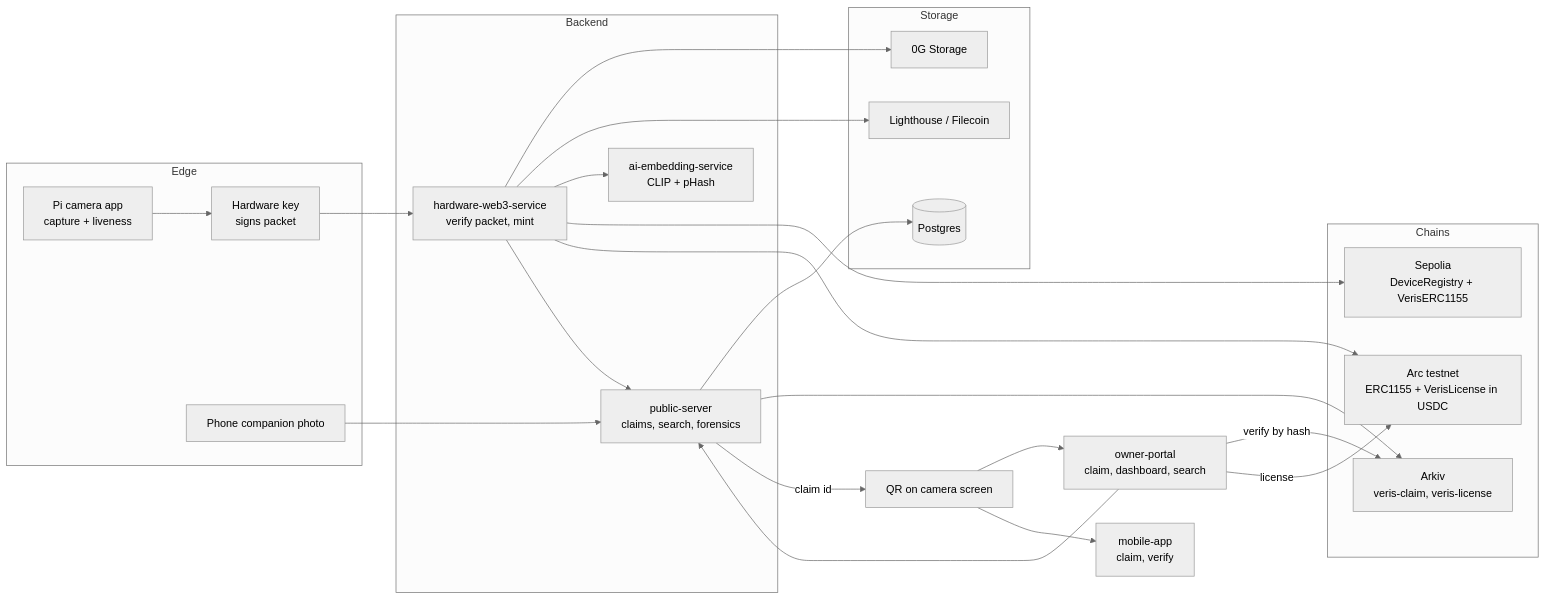
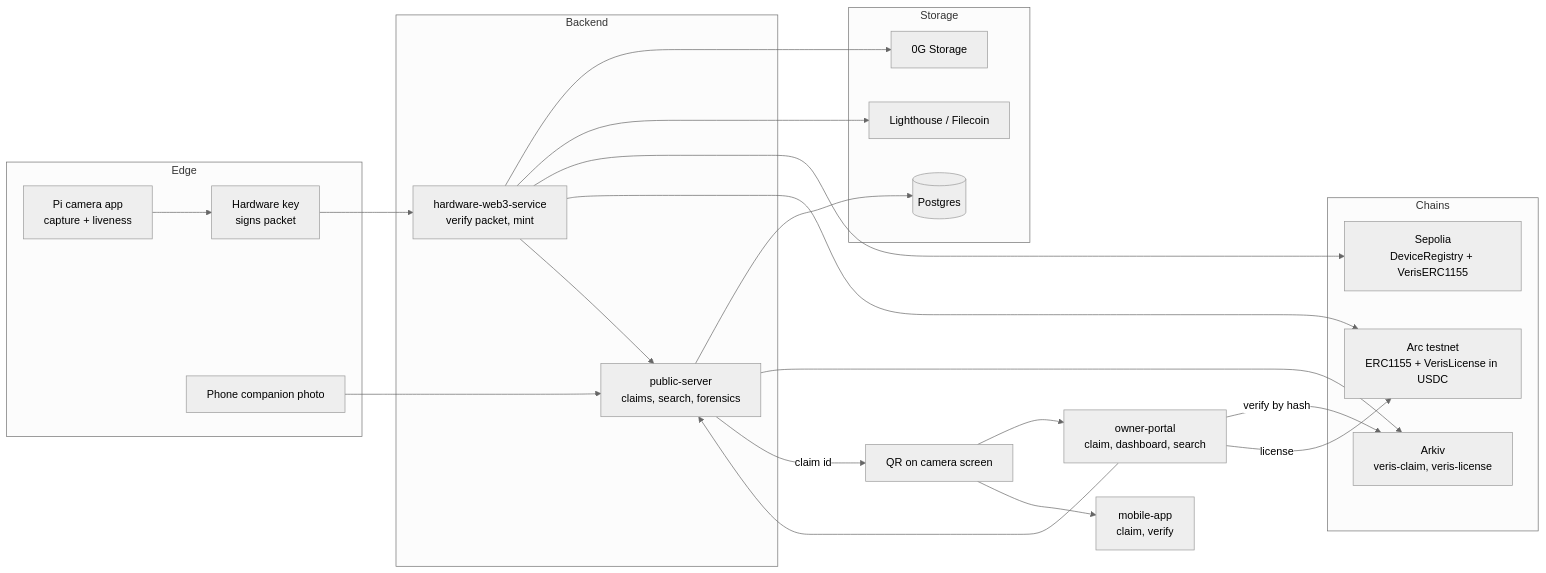
Before and after one commit to Adityaadpandey/Veris: the first of 3 diagrams in README.md, drawn with Mermaid (neutral theme). The commit also changed other lines of this file, not shown here.

Commit message:
README: merge the intro sections, drop the tech stack table and the embedding service references

````diff
--- a/README.md
+++ b/README.md
@@ -88,39 +72,37 @@
 ```mermaid
 flowchart LR
   subgraph Edge
     CAM[Pi camera app<br/>capture + liveness]
     KEY[Hardware key<br/>signs packet]
     PHONE[Phone companion photo]
   end
   subgraph Backend
     W3[hardware-web3-service<br/>verify packet, mint]
-    EMB[ai-embedding-service<br/>CLIP + pHash]
     PS[public-server<br/>claims, search, forensics]
   end
   subgraph Storage
     ZG[0G Storage]
     LH[Lighthouse / Filecoin]
     PG[(Postgres)]
   end
   subgraph Chains
     SEP[Sepolia<br/>DeviceRegistry + VerisERC1155]
     ARC[Arc testnet<br/>ERC1155 + VerisLicense in USDC]
     ARK[Arkiv<br/>veris-claim, veris-license]
   end
   CAM --> KEY --> W3
   PHONE --> PS
   W3 --> ZG
   W3 --> LH
-  W3 --> EMB
   W3 --> SEP
   W3 --> ARC
   W3 --> PS
   PS --> PG
   PS --> ARK
   PS -->|claim id| QR[QR on camera screen]
   QR --> PORTAL[owner-portal<br/>claim, dashboard, search]
   QR --> MOBILE[mobile-app<br/>claim, verify]
   PORTAL -->|verify by hash| ARK
   PORTAL --> PS
   PORTAL -->|license| ARC
 ```
````
